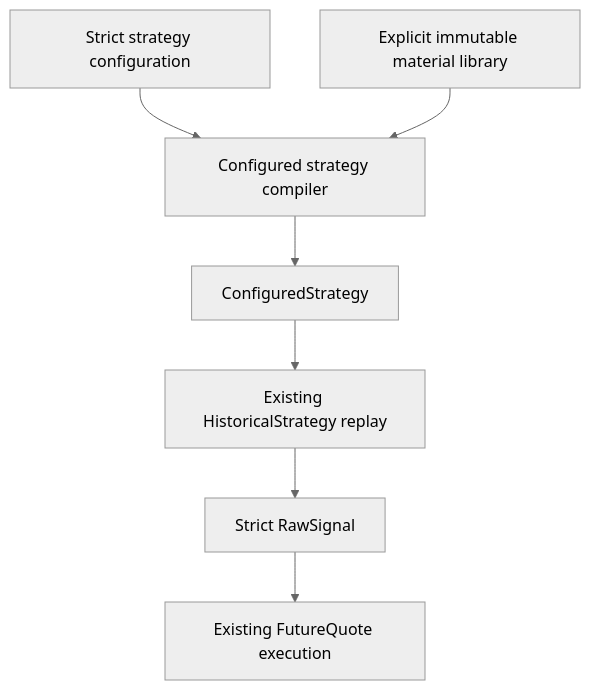
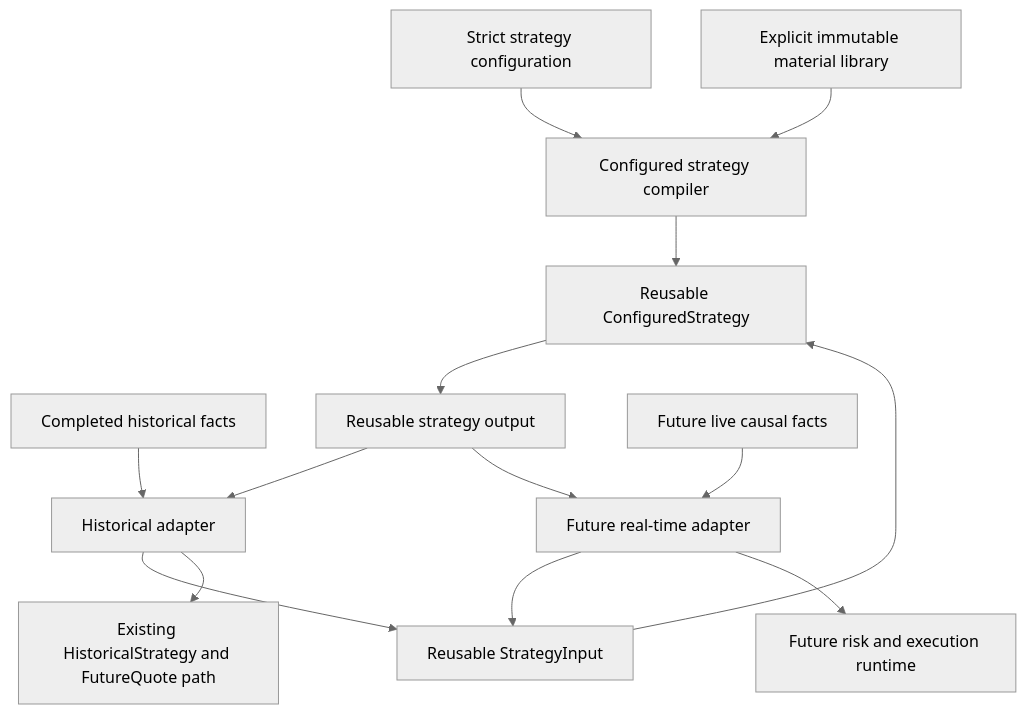
The second of 2 diagrams in docs/roadmap.md (geminik23/quant-system), drawn with Mermaid (neutral theme) before and after one commit. The commit also changed other lines of this file and 1 other file, not shown here.

Commit message:
dcos: update configured strategy direction

````diff
--- a/docs/roadmap.md
+++ b/docs/roadmap.md
@@ -40,17 +42,29 @@
 ```mermaid
 flowchart TD
     A[Strict strategy configuration]
     B[Explicit immutable material library]
     C[Configured strategy compiler]
-    D[ConfiguredStrategy]
-    E[Existing HistoricalStrategy replay]
-    F[Strict RawSignal]
-    G[Existing FutureQuote execution]
+    D[Reusable ConfiguredStrategy]
+    E[Completed historical facts]
+    F[Historical adapter]
+    G[Reusable StrategyInput]
+    H[Reusable strategy output]
+    I[Existing HistoricalStrategy and FutureQuote path]
+    J[Future live causal facts]
+    K[Future real-time adapter]
+    L[Future risk and execution runtime]
 
     A --> C
     B --> C
     C --> D
-    D --> E
     E --> F
     F --> G
+    G --> D
+    D --> H
+    H --> F
+    F --> I
+    J --> K
+    K --> G
+    H --> K
+    K --> L
 ```
````
